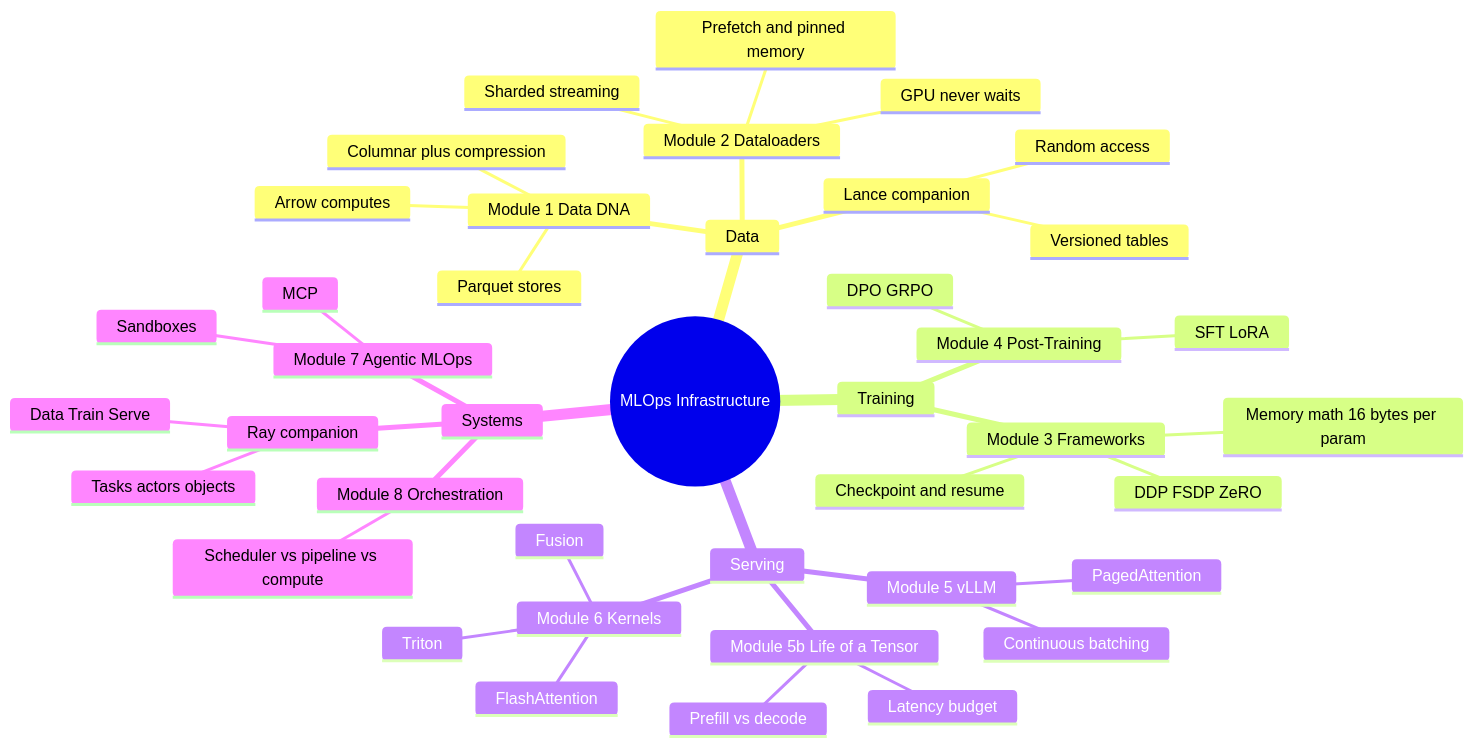
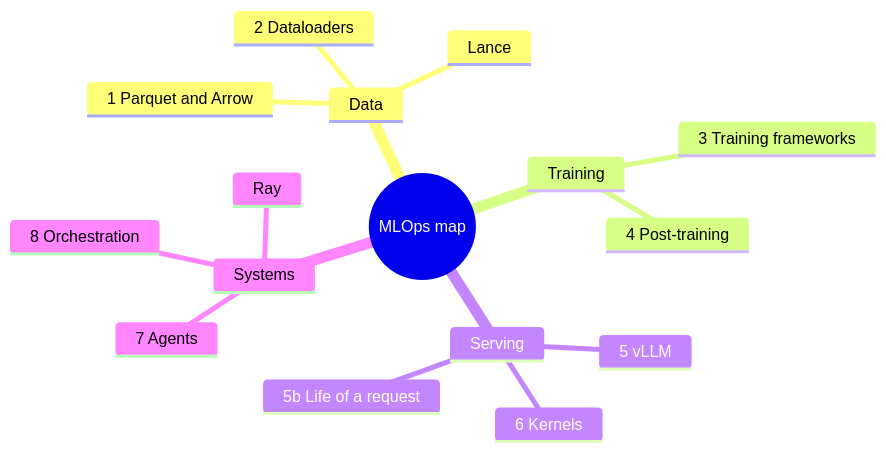
The diagram in src/data/blog/mlops/infrastructure-first-mlops-roadmap.md (gopikrishtummala/gopikrishtummala.github.io), drawn with Mermaid before and after one commit. The commit also changed other lines of this file, not shown here.

First line of the commit message:
Restyle the MLOps roadmap to style.md

````diff
--- a/src/data/blog/mlops/infrastructure-first-mlops-roadmap.md
+++ b/src/data/blog/mlops/infrastructure-first-mlops-roadmap.md
@@ -72,44 +37,19 @@
 ```mermaid
 mindmap
-  root((MLOps Infrastructure))
+  root((MLOps map))
     Data
-      Module 1 Data DNA
-        Parquet stores
-        Arrow computes
-        Columnar plus compression
-      Lance companion
-        Random access
-        Versioned tables
-      Module 2 Dataloaders
-        GPU never waits
-        Prefetch and pinned memory
-        Sharded streaming
+      1 Parquet and Arrow
+      2 Dataloaders
+      Lance
     Training
-      Module 3 Frameworks
-        DDP FSDP ZeRO
-        Memory math 16 bytes per param
-        Checkpoint and resume
-      Module 4 Post-Training
-        SFT LoRA
-        DPO GRPO
+      3 Training frameworks
+      4 Post-training
     Serving
-      Module 5 vLLM
-        PagedAttention
-        Continuous batching
-      Module 5b Life of a Tensor
-        Prefill vs decode
-        Latency budget
-      Module 6 Kernels
-        Fusion
-        FlashAttention
-        Triton
+      5 vLLM
+      5b Life of a request
+      6 Kernels
     Systems
-      Module 7 Agentic MLOps
-        MCP
-        Sandboxes
-      Module 8 Orchestration
-        Scheduler vs pipeline vs compute
-      Ray companion
-        Tasks actors objects
-        Data Train Serve
+      7 Agents
+      8 Orchestration
+      Ray
 ```
````
